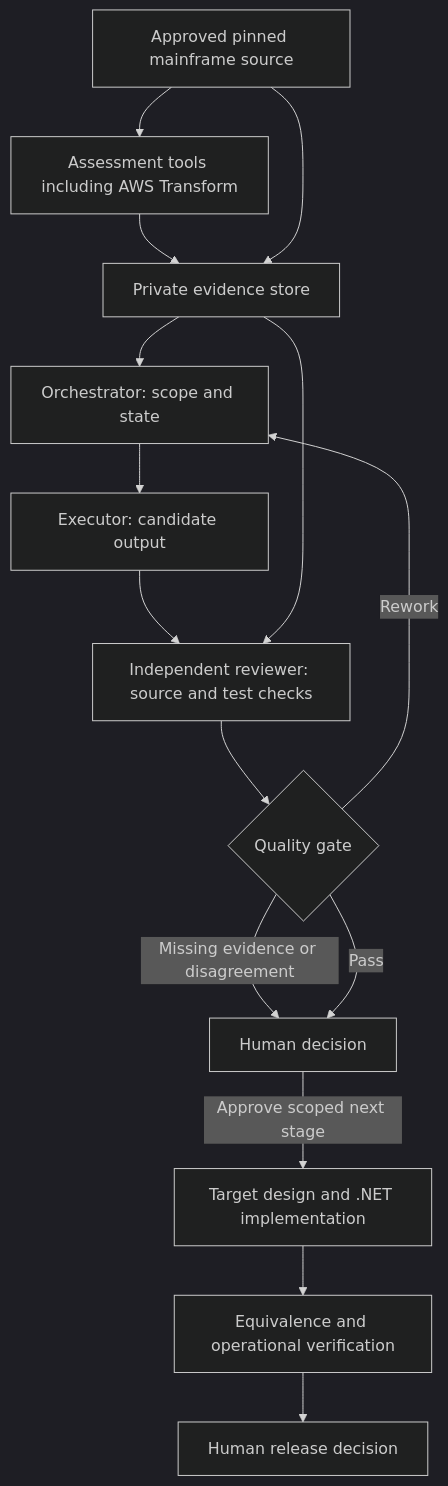
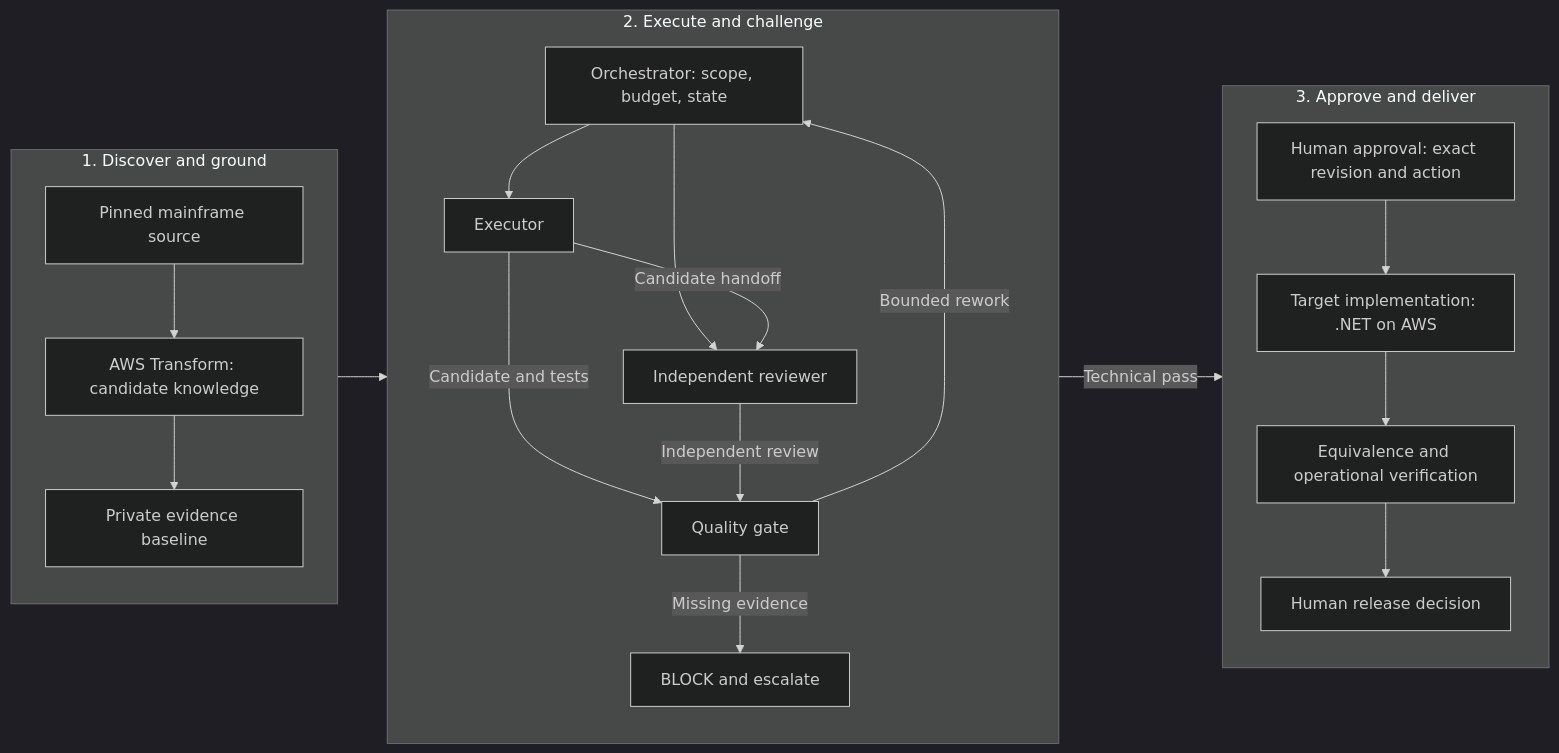
One commit to sknampally/mainframe-modernization-agentic-framework changed the diagram in README.md. Above: the diagram before and after it, drawn with Mermaid (dark theme). The commit also changed other lines of this file and 2 other files, not shown here.

Commit message:
docs: clarify reference architecture and README structure

````diff
--- a/README.md
+++ b/README.md
@@ -25,17 +33,26 @@
 ```mermaid
-flowchart TD
-    S[Approved pinned mainframe source] --> A[Assessment tools including AWS Transform]
-    A --> E[Private evidence store]
-    S --> E
-    E --> O[Orchestrator: scope and state]
-    O --> X[Executor: candidate output]
-    X --> R[Independent reviewer: source and test checks]
-    E --> R
-    R --> G{Quality gate}
-    G -->|Rework| O
-    G -->|Missing evidence or disagreement| H[Human decision]
-    G -->|Pass| H
-    H -->|Approve scoped next stage| T[Target design and .NET implementation]
-    T --> V[Equivalence and operational verification]
-    V --> D[Human release decision]
+flowchart LR
+    subgraph Discover["1. Discover and ground"]
+        direction TB
+        S["Pinned mainframe source"] --> A["AWS Transform: candidate knowledge"]
+        A --> E["Private evidence baseline"]
+    end
+    subgraph Validate["2. Execute and challenge"]
+        direction TB
+        O["Orchestrator: scope, budget, state"] --> X["Executor"]
+        O --> R["Independent reviewer"]
+        X -->|Candidate handoff| R
+        X -->|Candidate and tests| G["Quality gate"]
+        R -->|Independent review| G
+        G -->|Bounded rework| O
+        G -->|Missing evidence| B["BLOCK and escalate"]
+    end
+    subgraph Deliver["3. Approve and deliver"]
+        direction TB
+        H["Human approval: exact revision and action"] --> T["Target implementation: .NET on AWS"]
+        T --> V["Equivalence and operational verification"]
+        V --> D["Human release decision"]
+    end
+    E --> O
+    G -->|Technical pass| H
 ```
````
